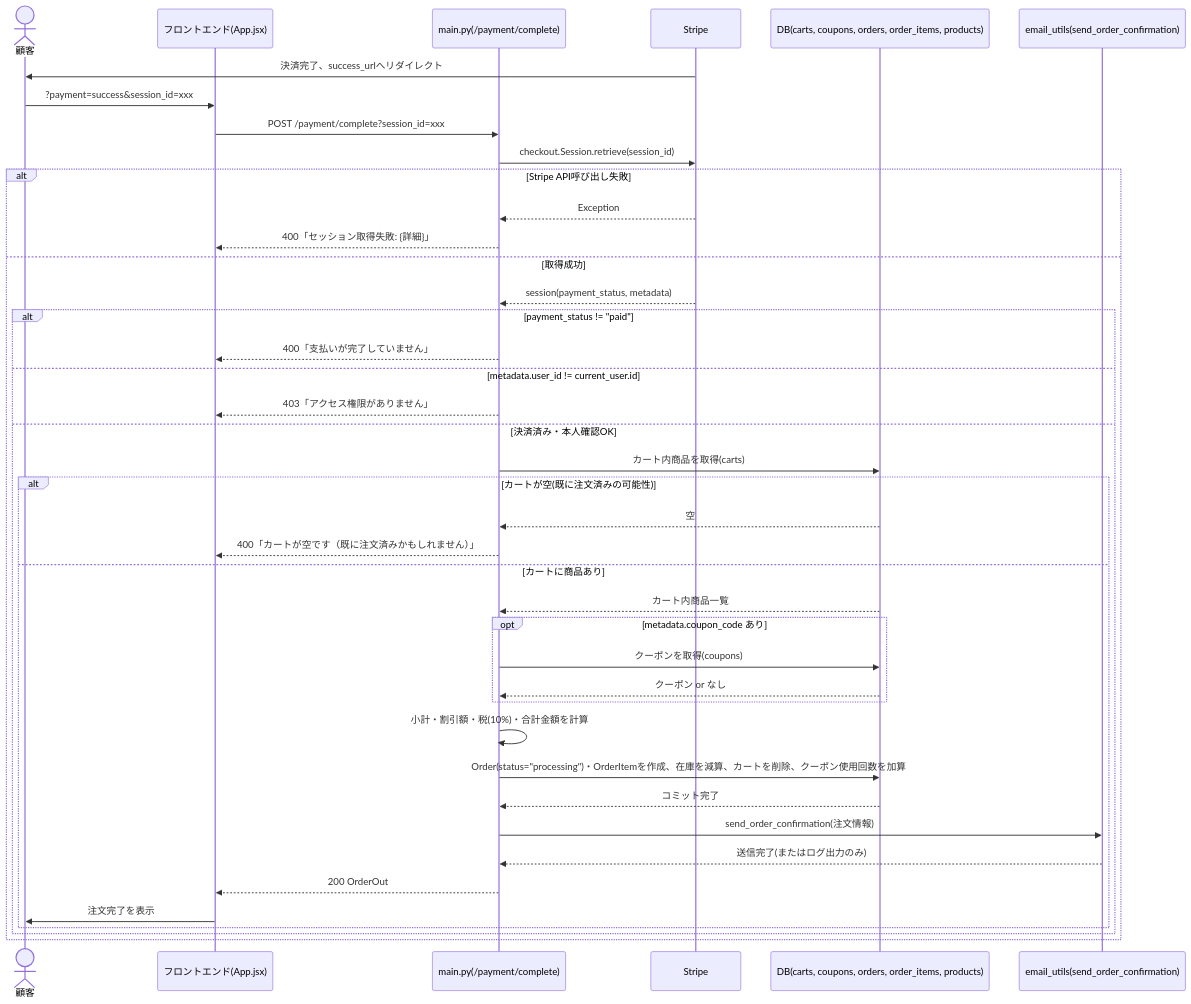
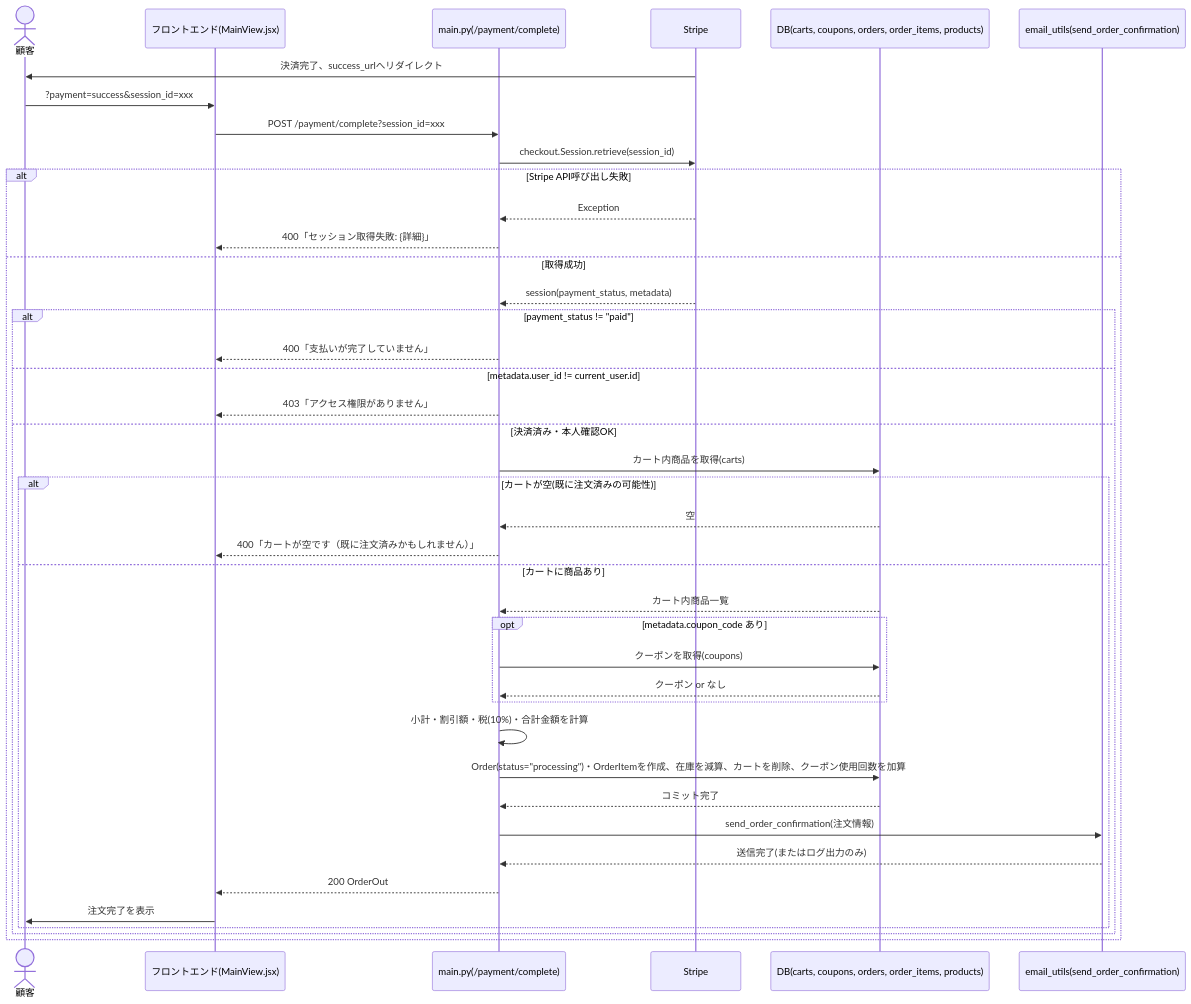
One commit to KokiNakano2nd/ec2site changed the third of 8 diagrams in docs/deliverables/internal_design/03_sequence_diagram.md. Above: the diagram before and after it, drawn with Mermaid. The commit also changed other lines of this file and 30 other files, not shown here.

````diff
--- a/docs/deliverables/internal_design/03_sequence_diagram.md
+++ b/docs/deliverables/internal_design/03_sequence_diagram.md
@@ -99,44 +99,44 @@
 ```mermaid
 sequenceDiagram
     actor 顧客
-    participant Frontend as フロントエンド(App.jsx)
+    participant Frontend as フロントエンド(MainView.jsx)
     participant API as main.py(/payment/complete)
     participant Stripe
     participant DB as DB(carts, coupons, orders, order_items, products)
     participant Mail as email_utils(send_order_confirmation)
 
     Stripe->>顧客: 決済完了、success_urlへリダイレクト
     顧客->>Frontend: ?payment=success&session_id=xxx
     Frontend->>API: POST /payment/complete?session_id=xxx
     API->>Stripe: checkout.Session.retrieve(session_id)
     alt Stripe API呼び出し失敗
         Stripe-->>API: Exception
         API-->>Frontend: 400「セッション取得失敗: {詳細}」
     else 取得成功
         Stripe-->>API: session(payment_status, metadata)
         alt payment_status != "paid"
             API-->>Frontend: 400「支払いが完了していません」
         else metadata.user_id != current_user.id
             API-->>Frontend: 403「アクセス権限がありません」
         else 決済済み・本人確認OK
             API->>DB: カート内商品を取得(carts)
             alt カートが空(既に注文済みの可能性)
                 DB-->>API: 空
                 API-->>Frontend: 400「カートが空です（既に注文済みかもしれません）」
             else カートに商品あり
                 DB-->>API: カート内商品一覧
                 opt metadata.coupon_code あり
                     API->>DB: クーポンを取得(coupons)
                     DB-->>API: クーポン or なし
                 end
                 API->>API: 小計・割引額・税(10%)・合計金額を計算
                 API->>DB: Order(status="processing")・OrderItemを作成、在庫を減算、カートを削除、クーポン使用回数を加算
                 DB-->>API: コミット完了
                 API->>Mail: send_order_confirmation(注文情報)
                 Mail-->>API: 送信完了(またはログ出力のみ)
                 API-->>Frontend: 200 OrderOut
                 Frontend->>顧客: 注文完了を表示
             end
         end
     end
 ```
````
